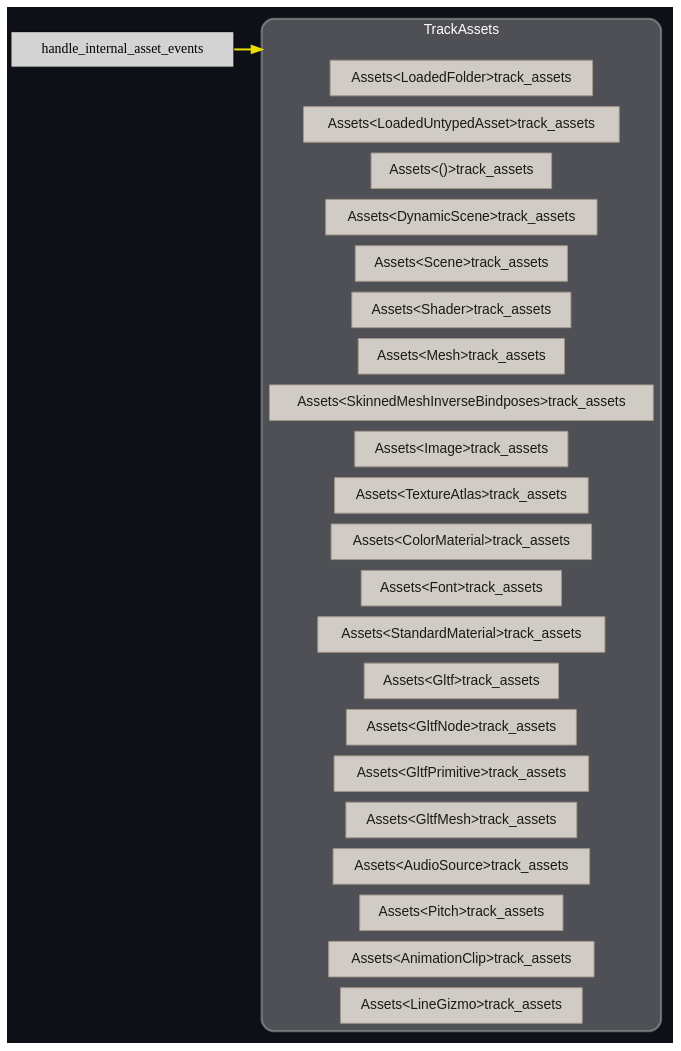
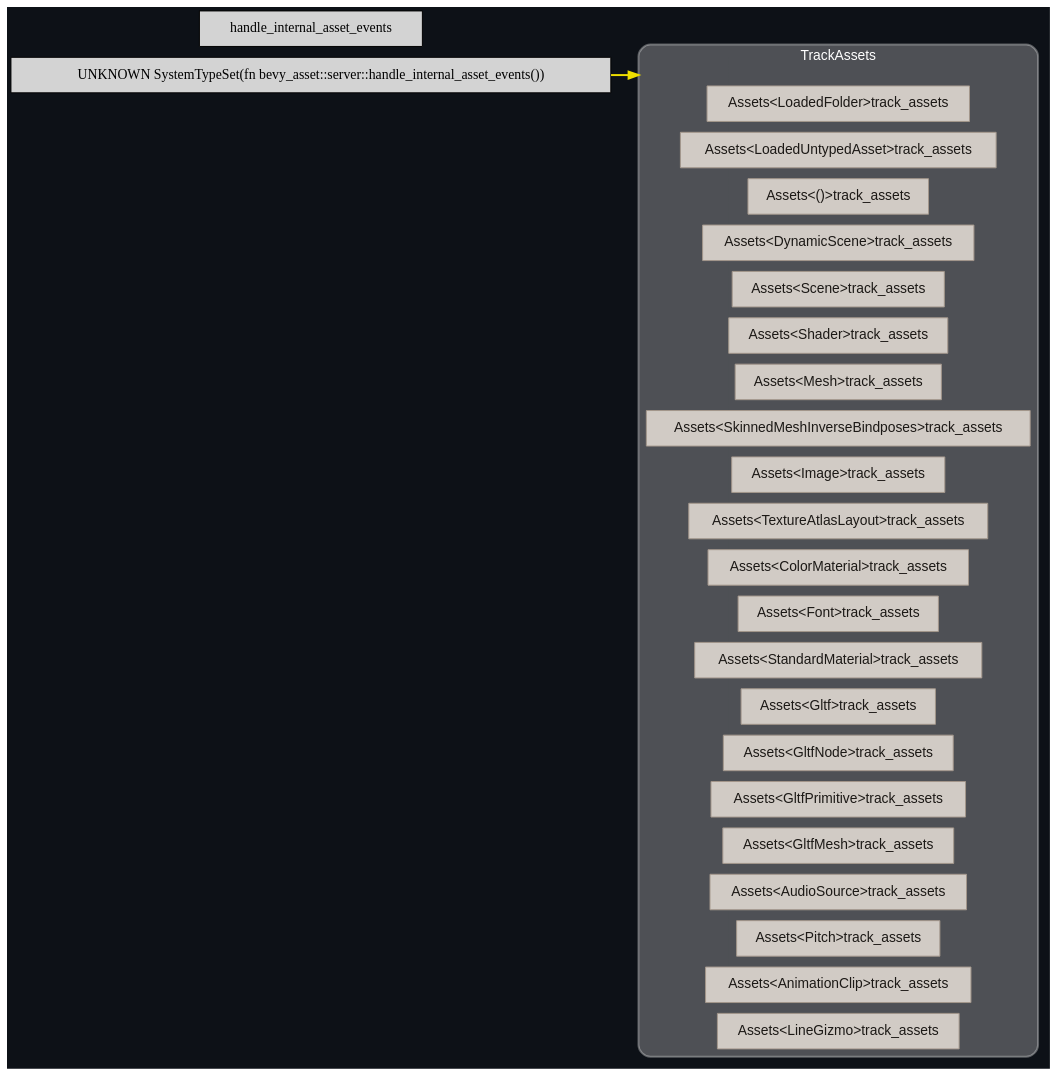
Before and after one commit to jakobhellermann/bevy_mod_debugdump: the diagram in docs/schedule/dark/schedule_UpdateAssets.dot, drawn with Graphviz. The commit also changed 58 other files, not shown here.

```diff
--- a/docs/schedule/dark/schedule_UpdateAssets.dot
+++ b/docs/schedule/dark/schedule_UpdateAssets.dot
@@ -1,44 +1,44 @@
 digraph "" {
 	"compound"="true";
 	"splines"="spline";
 	"rankdir"="LR";
 	"bgcolor"="#0d1117";
 	"fontname"="Helvetica";
 	"nodesep"="0.15";
 	edge ["penwidth"="2"];
 	node ["shape"="box", "style"="filled"];
 	subgraph "clusternode_Set(1)" {
 		"style"="rounded,filled";
 		"label"="TrackAssets";
 		"tooltip"="TrackAssets";
 		"fillcolor"="#ffffff44";
 		"fontcolor"="#ffffff";
 		"color"="#ffffff50";
 		"penwidth"="2";
 		"set_marker_node_Set(1)" ["style"="invis", "label"="", "height"="0", "shape"="point"]
 		"node_System(0)" ["label"="Assets<LoadedFolder>track_assets", "tooltip"="bevy_asset::assets::Assets<bevy_asset::folder::LoadedFolder>::track_assets", "fillcolor"="#d1cbc5", "fontname"="Helvetica", "fontcolor"="#1c1916", "color"="#a3978c", "penwidth"="1"]
 		"node_System(1)" ["label"="Assets<LoadedUntypedAsset>track_assets", "tooltip"="bevy_asset::assets::Assets<bevy_asset::assets::LoadedUntypedAsset>::track_assets", "fillcolor"="#d1cbc5", "fontname"="Helvetica", "fontcolor"="#1c1916", "color"="#a3978c", "penwidth"="1"]
 		"node_System(2)" ["label"="Assets<()>track_assets", "tooltip"="bevy_asset::assets::Assets<()>::track_assets", "fillcolor"="#d1cbc5", "fontname"="Helvetica", "fontcolor"="#1c1916", "color"="#a3978c", "penwidth"="1"]
 		"node_System(4)" ["label"="Assets<DynamicScene>track_assets", "tooltip"="bevy_asset::assets::Assets<bevy_scene::dynamic_scene::DynamicScene>::track_assets", "fillcolor"="#d1cbc5", "fontname"="Helvetica", "fontcolor"="#1c1916", "color"="#a3978c", "penwidth"="1"]
 		"node_System(5)" ["label"="Assets<Scene>track_assets", "tooltip"="bevy_asset::assets::Assets<bevy_scene::scene::Scene>::track_assets", "fillcolor"="#d1cbc5", "fontname"="Helvetica", "fontcolor"="#1c1916", "color"="#a3978c", "penwidth"="1"]
 		"node_System(6)" ["label"="Assets<Shader>track_assets", "tooltip"="bevy_asset::assets::Assets<bevy_render::render_resource::shader::Shader>::track_assets", "fillcolor"="#d1cbc5", "fontname"="Helvetica", "fontcolor"="#1c1916", "color"="#a3978c", "penwidth"="1"]
 		"node_System(7)" ["label"="Assets<Mesh>track_assets", "tooltip"="bevy_asset::assets::Assets<bevy_render::mesh::mesh::Mesh>::track_assets", "fillcolor"="#d1cbc5", "fontname"="Helvetica", "fontcolor"="#1c1916", "color"="#a3978c", "penwidth"="1"]
 		"node_System(8)" ["label"="Assets<SkinnedMeshInverseBindposes>track_assets", "tooltip"="bevy_asset::assets::Assets<bevy_render::mesh::mesh::skinning::SkinnedMeshInverseBindposes>::track_assets", "fillcolor"="#d1cbc5", "fontname"="Helvetica", "fontcolor"="#1c1916", "color"="#a3978c", "penwidth"="1"]
 		"node_System(9)" ["label"="Assets<Image>track_assets", "tooltip"="bevy_asset::assets::Assets<bevy_render::texture::image::Image>::track_assets", "fillcolor"="#d1cbc5", "fontname"="Helvetica", "fontcolor"="#1c1916", "color"="#a3978c", "penwidth"="1"]
-		"node_System(10)" ["label"="Assets<TextureAtlas>track_assets", "tooltip"="bevy_asset::assets::Assets<bevy_sprite::texture_atlas::TextureAtlas>::track_assets", "fillcolor"="#d1cbc5", "fontname"="Helvetica", "fontcolor"="#1c1916", "color"="#a3978c", "penwidth"="1"]
+		"node_System(10)" ["label"="Assets<TextureAtlasLayout>track_assets", "tooltip"="bevy_asset::assets::Assets<bevy_sprite::texture_atlas::TextureAtlasLayout>::track_assets", "fillcolor"="#d1cbc5", "fontname"="Helvetica", "fontcolor"="#1c1916", "color"="#a3978c", "penwidth"="1"]
 		"node_System(11)" ["label"="Assets<ColorMaterial>track_assets", "tooltip"="bevy_asset::assets::Assets<bevy_sprite::mesh2d::color_material::ColorMaterial>::track_assets", "fillcolor"="#d1cbc5", "fontname"="Helvetica", "fontcolor"="#1c1916", "color"="#a3978c", "penwidth"="1"]
 		"node_System(12)" ["label"="Assets<Font>track_assets", "tooltip"="bevy_asset::assets::Assets<bevy_text::font::Font>::track_assets", "fillcolor"="#d1cbc5", "fontname"="Helvetica", "fontcolor"="#1c1916", "color"="#a3978c", "penwidth"="1"]
 		"node_System(13)" ["label"="Assets<StandardMaterial>track_assets", "tooltip"="bevy_asset::assets::Assets<bevy_pbr::pbr_material::StandardMaterial>::track_assets", "fillcolor"="#d1cbc5", "fontname"="Helvetica", "fontcolor"="#1c1916", "color"="#a3978c", "penwidth"="1"]
 		"node_System(14)" ["label"="Assets<Gltf>track_assets", "tooltip"="bevy_asset::assets::Assets<bevy_gltf::Gltf>::track_assets", "fillcolor"="#d1cbc5", "fontname"="Helvetica", "fontcolor"="#1c1916", "color"="#a3978c", "penwidth"="1"]
 		"node_System(15)" ["label"="Assets<GltfNode>track_assets", "tooltip"="bevy_asset::assets::Assets<bevy_gltf::GltfNode>::track_assets", "fillcolor"="#d1cbc5", "fontname"="Helvetica", "fontcolor"="#1c1916", "color"="#a3978c", "penwidth"="1"]
 		"node_System(16)" ["label"="Assets<GltfPrimitive>track_assets", "tooltip"="bevy_asset::assets::Assets<bevy_gltf::GltfPrimitive>::track_assets", "fillcolor"="#d1cbc5", "fontname"="Helvetica", "fontcolor"="#1c1916", "color"="#a3978c", "penwidth"="1"]
 		"node_System(17)" ["label"="Assets<GltfMesh>track_assets", "tooltip"="bevy_asset::assets::Assets<bevy_gltf::GltfMesh>::track_assets", "fillcolor"="#d1cbc5", "fontname"="Helvetica", "fontcolor"="#1c1916", "color"="#a3978c", "penwidth"="1"]
 		"node_System(18)" ["label"="Assets<AudioSource>track_assets", "tooltip"="bevy_asset::assets::Assets<bevy_audio::audio_source::AudioSource>::track_assets", "fillcolor"="#d1cbc5", "fontname"="Helvetica", "fontcolor"="#1c1916", "color"="#a3978c", "penwidth"="1"]
 		"node_System(19)" ["label"="Assets<Pitch>track_assets", "tooltip"="bevy_asset::assets::Assets<bevy_audio::pitch::Pitch>::track_assets", "fillcolor"="#d1cbc5", "fontname"="Helvetica", "fontcolor"="#1c1916", "color"="#a3978c", "penwidth"="1"]
 		"node_System(20)" ["label"="Assets<AnimationClip>track_assets", "tooltip"="bevy_asset::assets::Assets<bevy_animation::AnimationClip>::track_assets", "fillcolor"="#d1cbc5", "fontname"="Helvetica", "fontcolor"="#1c1916", "color"="#a3978c", "penwidth"="1"]
 		"node_System(21)" ["label"="Assets<LineGizmo>track_assets", "tooltip"="bevy_asset::assets::Assets<bevy_gizmos::LineGizmo>::track_assets", "fillcolor"="#d1cbc5", "fontname"="Helvetica", "fontcolor"="#1c1916", "color"="#a3978c", "penwidth"="1"]
 	}
 	
 	"node_System(3)" ["label"="handle_internal_asset_events", "tooltip"="bevy_asset::server::handle_internal_asset_events"]
-	"node_System(3)" -> "set_marker_node_Set(1)" ["lhead"="clusternode_Set(1)", "ltail"="", "tooltip"="SystemTypeSet(handle_internal_asset_events()) → TrackAssets", "color"="#eede00"]
+	"UNKNOWN SystemTypeSet(fn bevy_asset::server::handle_internal_asset_events())" -> "set_marker_node_Set(1)" ["lhead"="clusternode_Set(1)", "ltail"="", "tooltip"="SystemTypeSet(handle_internal_asset_events()) → TrackAssets", "color"="#eede00"]
 }
```
